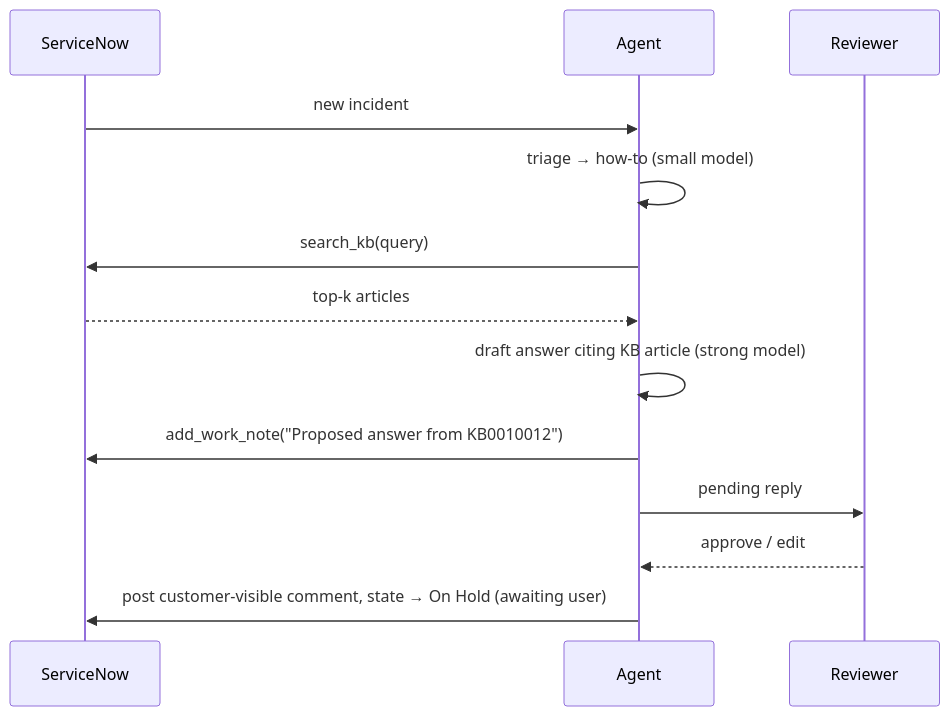
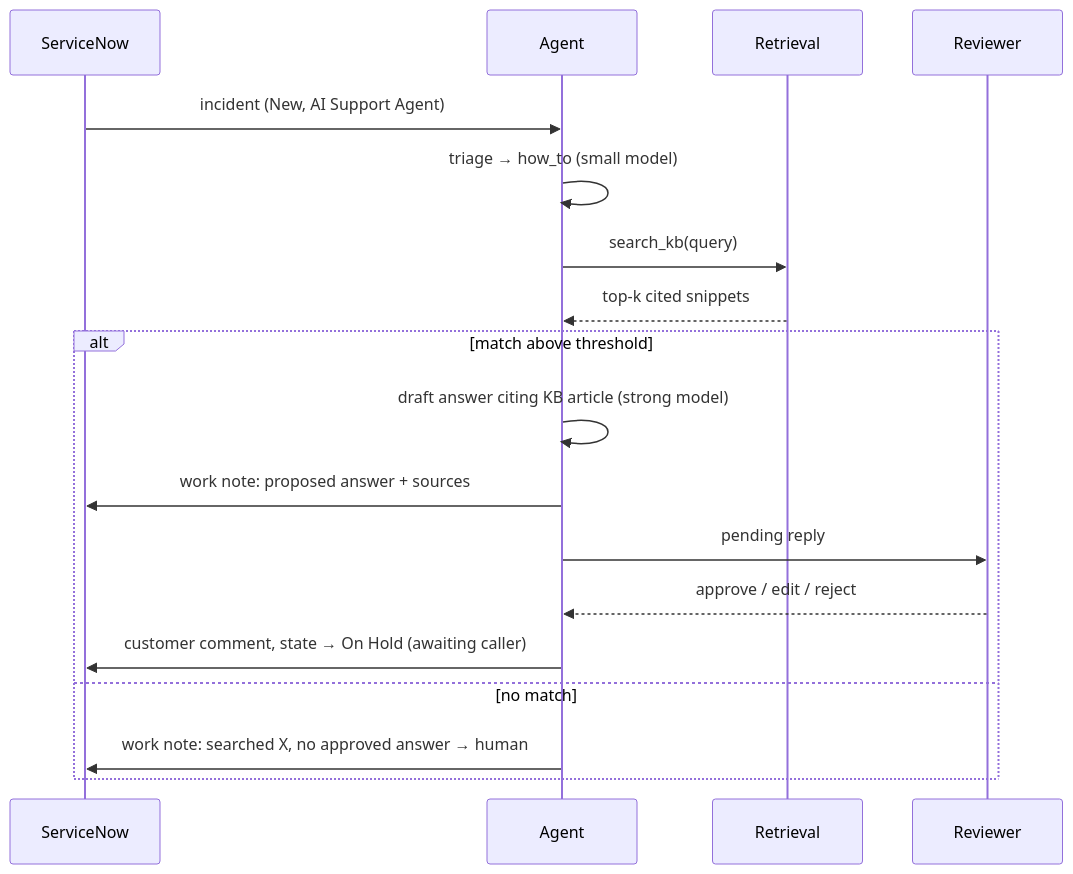
The third of 5 diagrams in docs/ARCHITECTURE.md (juliavasan/support-agent), drawn with Mermaid before and after one commit. The commit also changed other lines of this file and 5 other files, not shown here.

First line of the commit message:
Document architecture: ERPNext demo system, retrieval, Jira, identities

````diff
--- a/docs/ARCHITECTURE.md
+++ b/docs/ARCHITECTURE.md
@@ -95,15 +201,20 @@
 ```mermaid
 sequenceDiagram
     participant SN as ServiceNow
     participant A as Agent
+    participant R as Retrieval
     participant H as Reviewer
-    SN->>A: new incident
-    A->>A: triage → how-to (small model)
-    A->>SN: search_kb(query)
-    SN-->>A: top-k articles
-    A->>A: draft answer citing KB article (strong model)
-    A->>SN: add_work_note("Proposed answer from KB0010012")
-    A->>H: pending reply
-    H-->>A: approve / edit
-    A->>SN: post customer-visible comment, state → On Hold (awaiting user)
+    SN->>A: incident (New, AI Support Agent)
+    A->>A: triage → how_to (small model)
+    A->>R: search_kb(query)
+    R-->>A: top-k cited snippets
+    alt match above threshold
+        A->>A: draft answer citing KB article (strong model)
+        A->>SN: work note: proposed answer + sources
+        A->>H: pending reply
+        H-->>A: approve / edit / reject
+        A->>SN: customer comment, state → On Hold (awaiting caller)
+    else no match
+        A->>SN: work note: searched X, no approved answer → human
+    end
 ```
````
